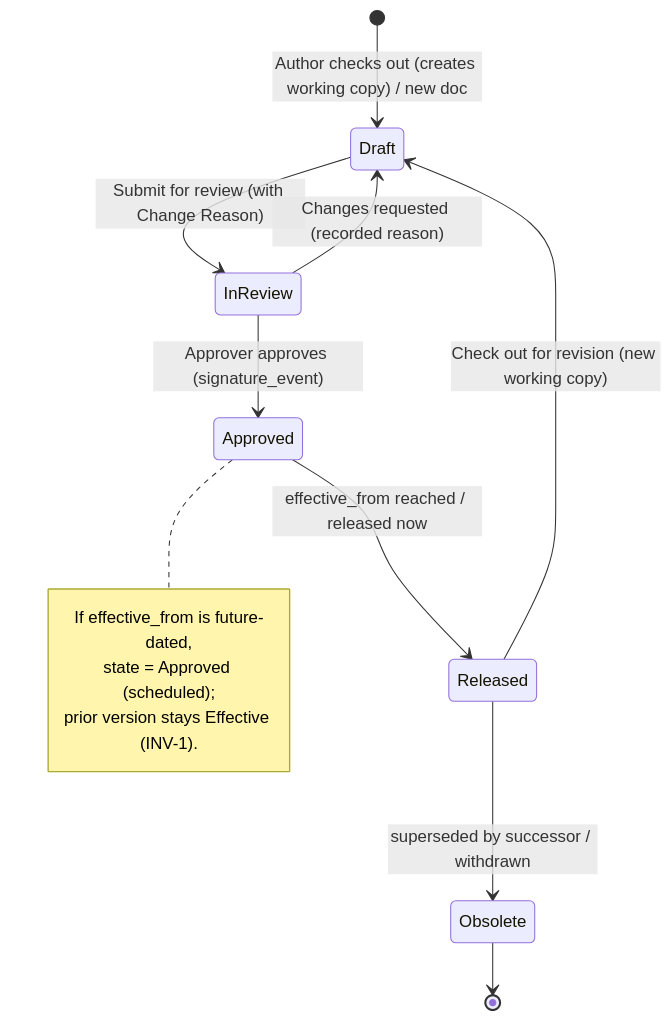
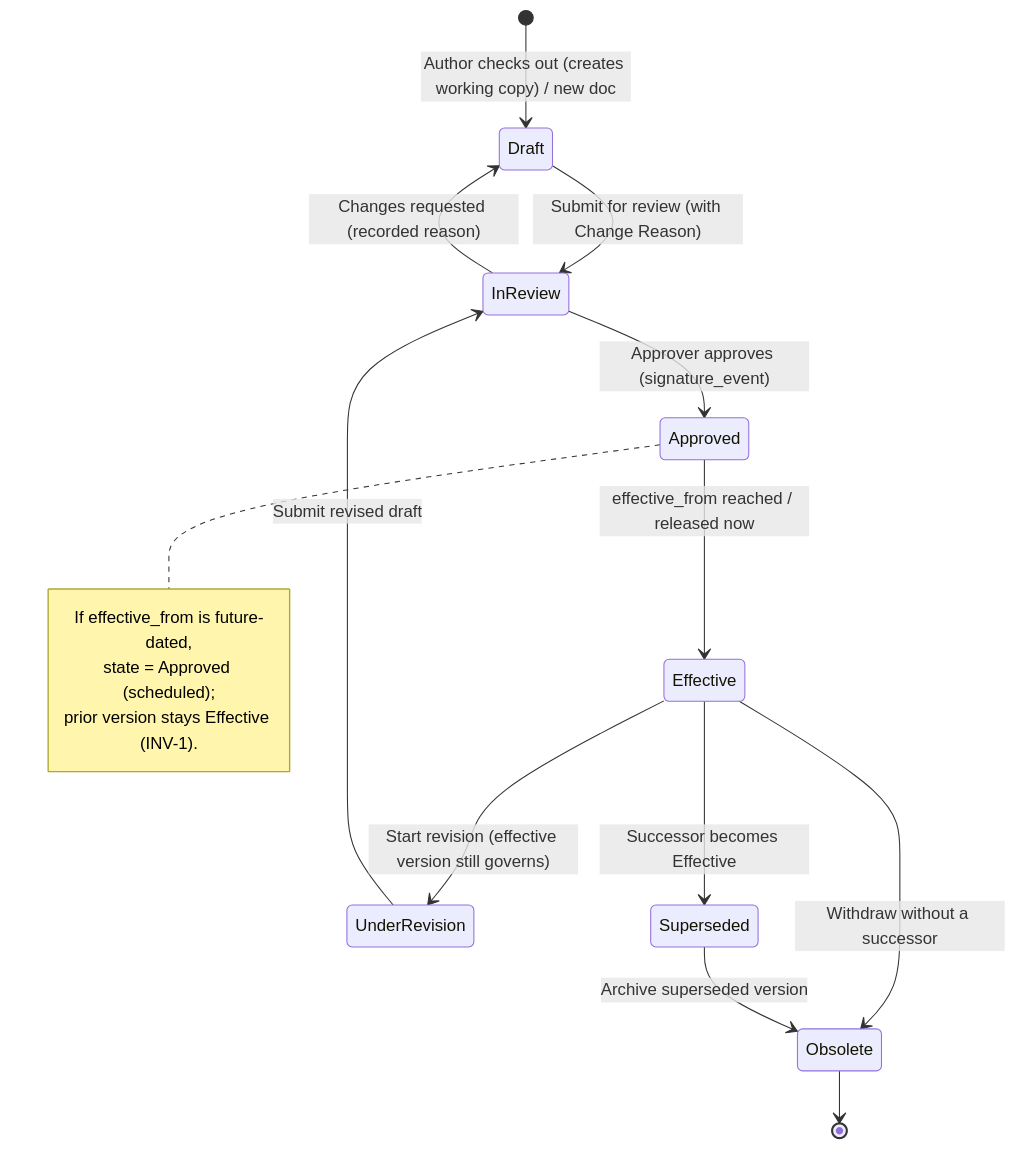
The third of 6 diagrams in docs/05-revision-and-drift.md (CoJoA13/EasySynQ), drawn with Mermaid before and after one commit. The commit also changed other lines of this file and 43 other files, not shown here.

````diff
--- a/docs/05-revision-and-drift.md
+++ b/docs/05-revision-and-drift.md
@@ -213,16 +228,19 @@
 ```mermaid
 stateDiagram-v2
     [*] --> Draft: Author checks out (creates working copy) / new doc
     Draft --> InReview: Submit for review (with Change Reason)
     InReview --> Draft: Changes requested (recorded reason)
     InReview --> Approved: Approver approves (signature_event)
-    Approved --> Released: effective_from reached / released now
+    Approved --> Effective: effective_from reached / released now
     note right of Approved
       If effective_from is future-dated,
       state = Approved (scheduled);
       prior version stays Effective (INV-1).
     end note
-    Released --> Draft: Check out for revision (new working copy)
-    Released --> Obsolete: superseded by successor / withdrawn
+    Effective --> UnderRevision: Start revision (effective version still governs)
+    UnderRevision --> InReview: Submit revised draft
+    Effective --> Superseded: Successor becomes Effective
+    Effective --> Obsolete: Withdraw without a successor
+    Superseded --> Obsolete: Archive superseded version
     Obsolete --> [*]
 ```
````
